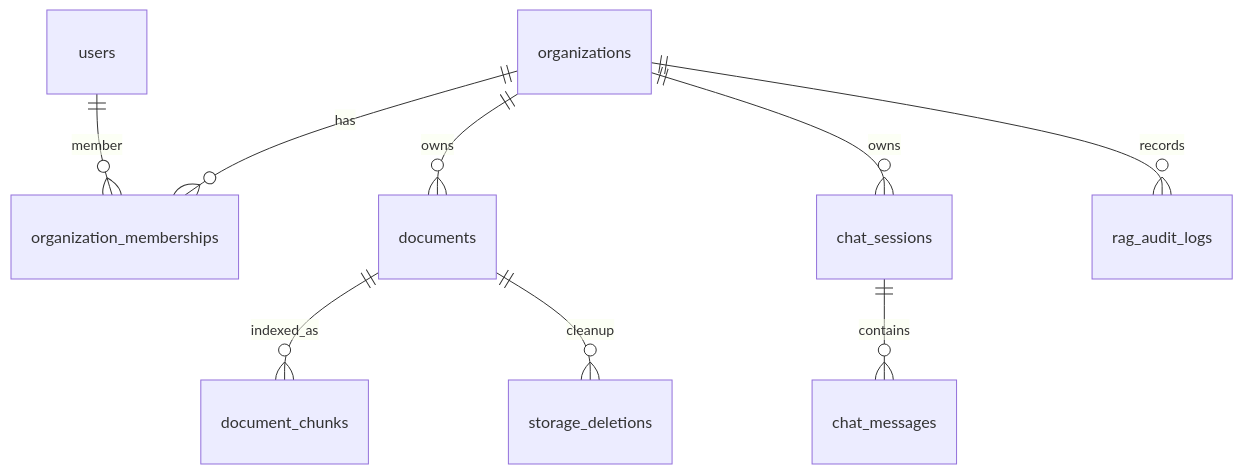
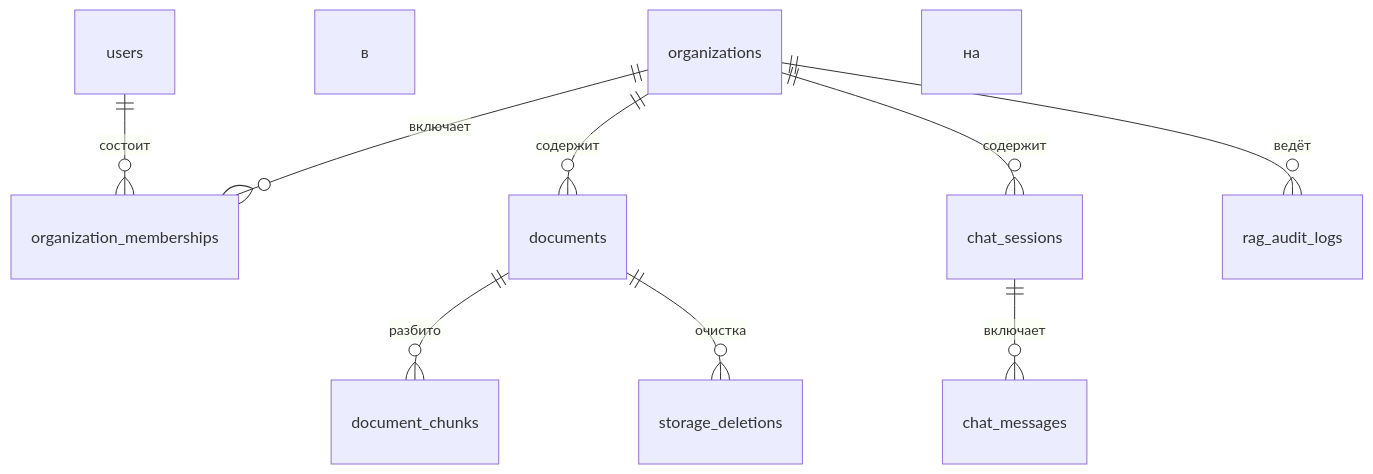
The diagram in docs/platform/data-model.md (vladweat/docwise), drawn with Mermaid before and after one commit. The commit also changed other lines of this file and 51 other files, not shown here.

````diff
--- a/docs/platform/data-model.md
+++ b/docs/platform/data-model.md
@@ -14,11 +14,11 @@
 ```mermaid
 erDiagram
-  users ||--o{ organization_memberships : member
-  organizations ||--o{ organization_memberships : has
-  organizations ||--o{ documents : owns
-  documents ||--o{ document_chunks : indexed_as
-  organizations ||--o{ chat_sessions : owns
-  chat_sessions ||--o{ chat_messages : contains
-  organizations ||--o{ rag_audit_logs : records
-  documents ||--o{ storage_deletions : cleanup
+  users ||--o{ organization_memberships : состоит в
+  organizations ||--o{ organization_memberships : включает
+  organizations ||--o{ documents : содержит
+  documents ||--o{ document_chunks : разбито на
+  organizations ||--o{ chat_sessions : содержит
+  chat_sessions ||--o{ chat_messages : включает
+  organizations ||--o{ rag_audit_logs : ведёт
+  documents ||--o{ storage_deletions : очистка
 ```
````
